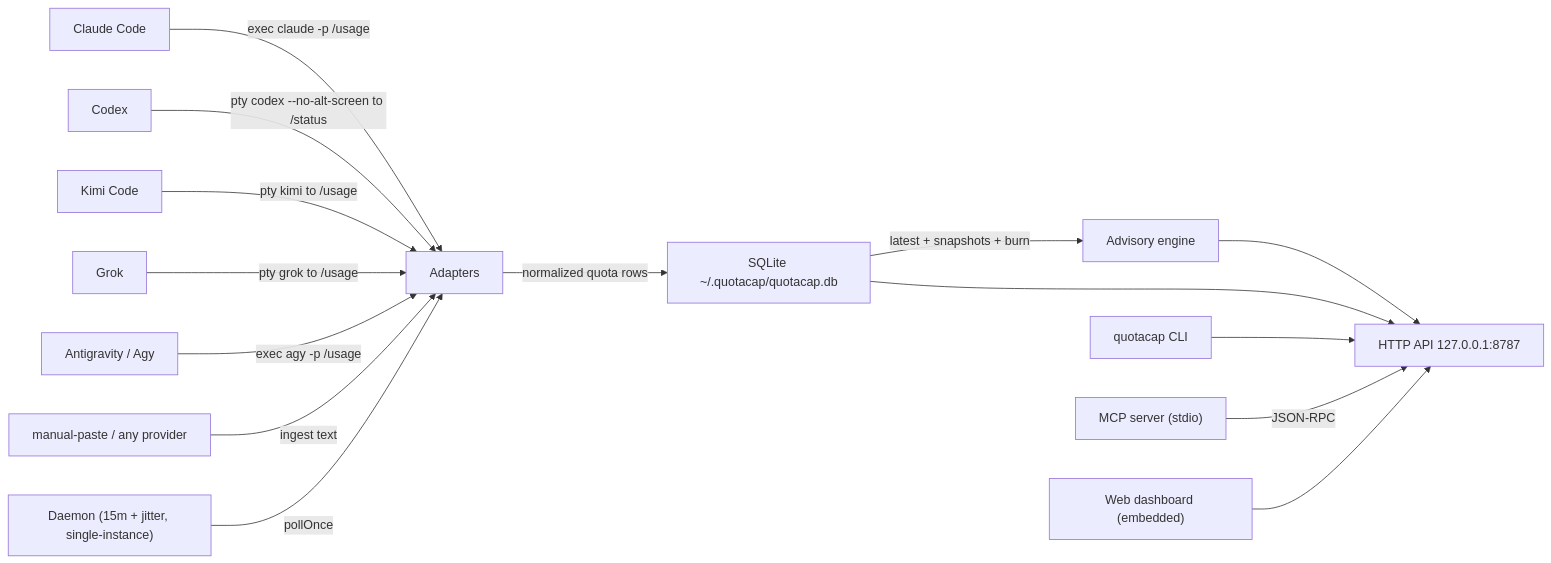
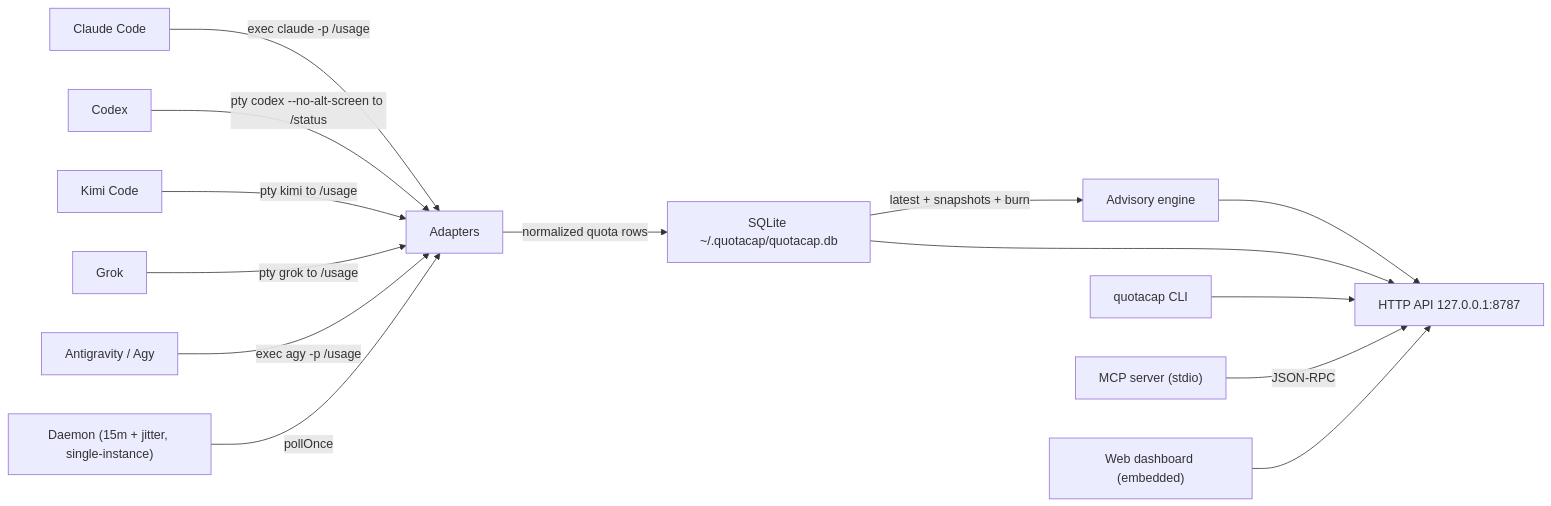
The diagram in docs/architecture.md (carlosboeing/quotacap), drawn with Mermaid before and after one commit. The commit also changed other lines of this file and 55 other files, not shown here.

````diff
--- a/docs/architecture.md
+++ b/docs/architecture.md
@@ -39,26 +39,24 @@
 ```mermaid
 flowchart LR
   CP["Claude Code"]
   CX["Codex"]
   KM["Kimi Code"]
   GK["Grok"]
   AG["Antigravity / Agy"]
-  MN["manual-paste / any provider"]
 
   CP -->|exec claude -p /usage| AD["Adapters"]
   CX -->|pty codex --no-alt-screen to /status| AD
   KM -->|pty kimi to /usage| AD
   GK -->|pty grok to /usage| AD
   AG -->|exec agy -p /usage| AD
-  MN -->|ingest text| AD
 
   AD -->|normalized quota rows| ST["SQLite ~/.quotacap/quotacap.db"]
   DT["Daemon (15m + jitter, single-instance)"] -->|pollOnce| AD
   ST -->|latest + snapshots + burn| AE["Advisory engine"]
 
   AE --> API["HTTP API 127.0.0.1:8787"]
   ST --> API
   CLI["quotacap CLI"] --> API
   MCP["MCP server (stdio)"] -->|JSON-RPC| API
   WEB["Web dashboard (embedded)"] --> API
 ```
````
